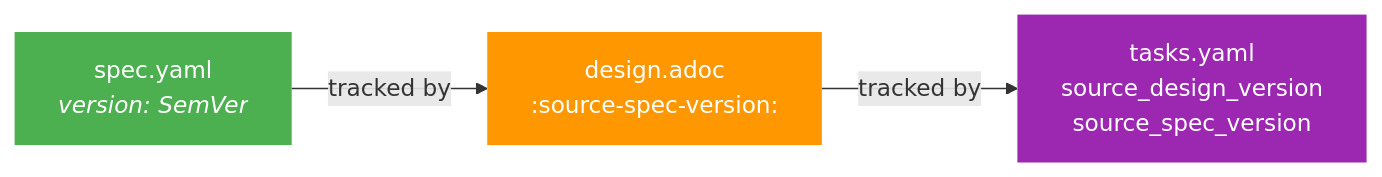
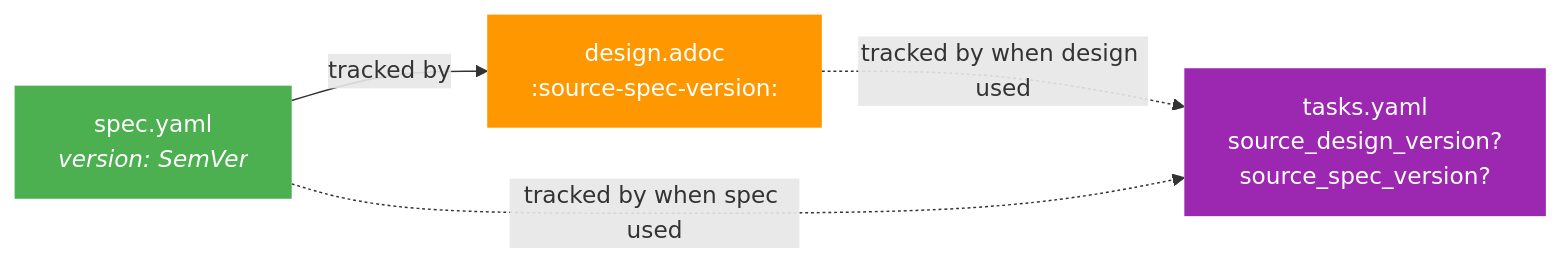
Before and after one commit to provenimpact/proven-capability: the fifth of 5 diagrams in README.md, drawn with Mermaid. The commit also changed other lines of this file and 14 other files, not shown here.

````diff
--- a/README.md
+++ b/README.md
@@ -302,13 +302,14 @@
 ```mermaid
 flowchart LR
     S["spec.yaml<br/><i>version: SemVer</i>"]
     D["design.adoc<br/>:source-spec-version:"]
-    T["tasks.yaml<br/>source_design_version<br/>source_spec_version"]
+    T["tasks.yaml<br/>source_design_version?<br/>source_spec_version?"]
 
     S -->|tracked by| D
-    D -->|tracked by| T
+    D -.->|tracked by when design used| T
+    S -.->|tracked by when spec used| T
 
     style S fill:#4CAF50,color:#fff,stroke:none
     style D fill:#FF9800,color:#fff,stroke:none
     style T fill:#9C27B0,color:#fff,stroke:none
 ```
````
